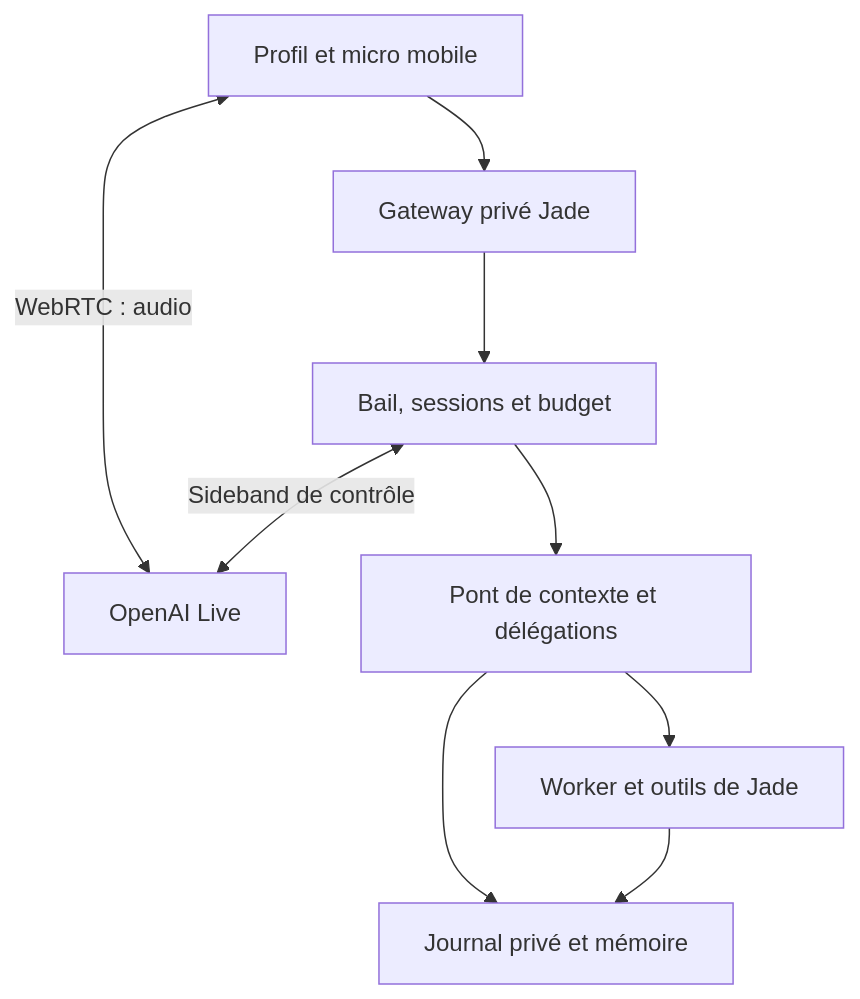
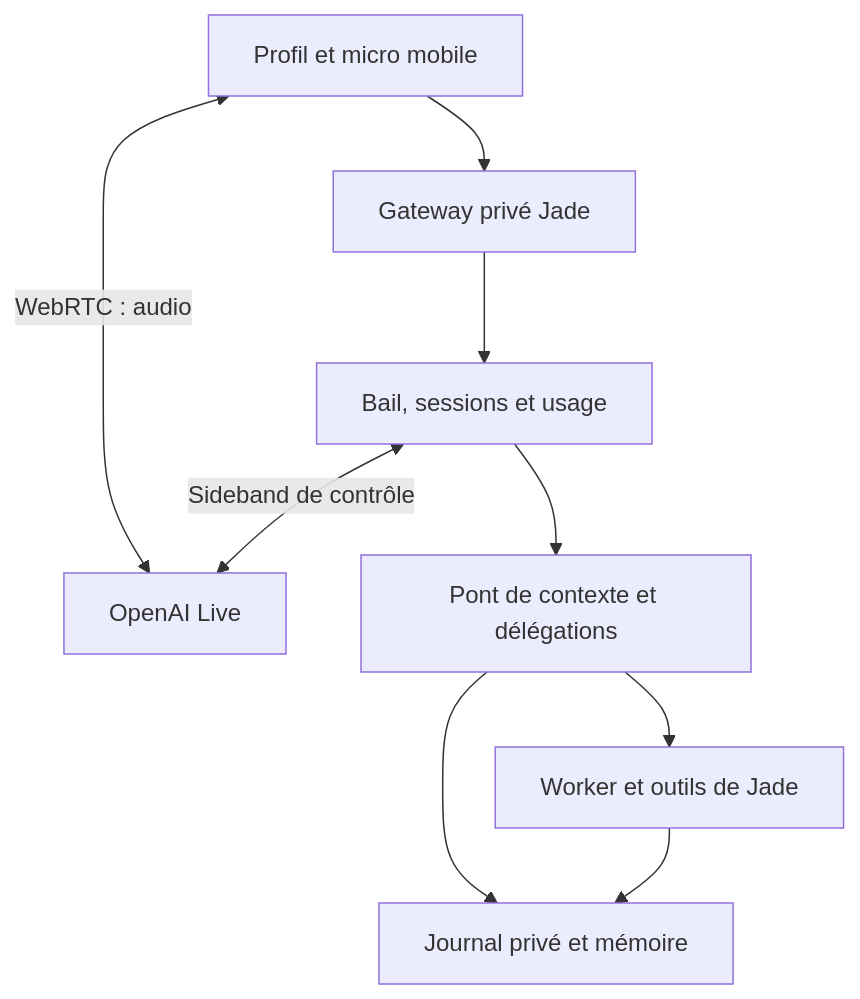
Before and after one commit to goldaj/jade-vtuber: the diagram in docs/architecture/LIVE_MOBILE.md, drawn with Mermaid. The commit also changed other lines of this file and 42 other files, not shown here.

````diff
--- a/docs/architecture/LIVE_MOBILE.md
+++ b/docs/architecture/LIVE_MOBILE.md
@@ -9,11 +9,11 @@
 ```mermaid
 flowchart TD
     P["Profil et micro mobile"] --> G["Gateway privé Jade"]
     P <-->|"WebRTC : audio"| O["OpenAI Live"]
-    G --> S["Bail, sessions et budget"]
+    G --> S["Bail, sessions et usage"]
     S <-->|"Sideband de contrôle"| O
     S --> B["Pont de contexte et délégations"]
     B --> R["Worker et outils de Jade"]
     B --> J["Journal privé et mémoire"]
     R --> J
 ```
````
